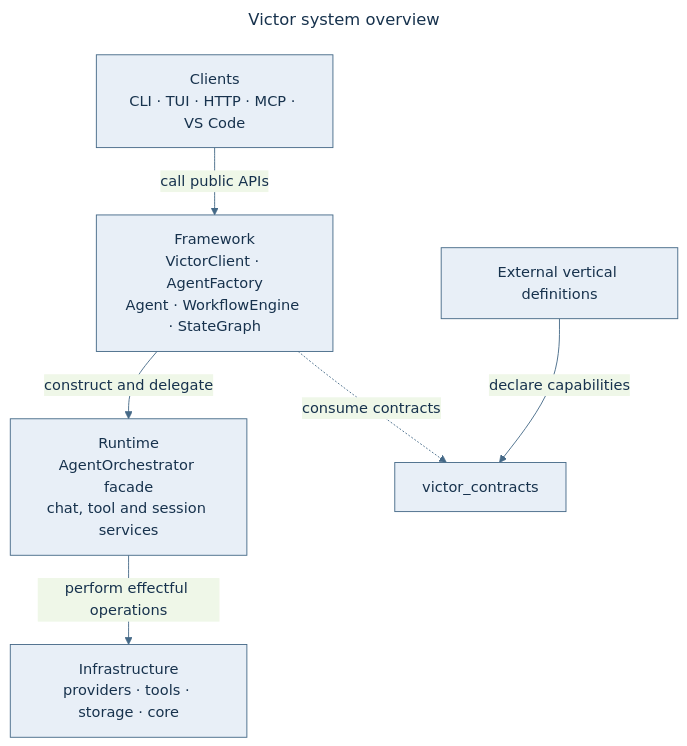
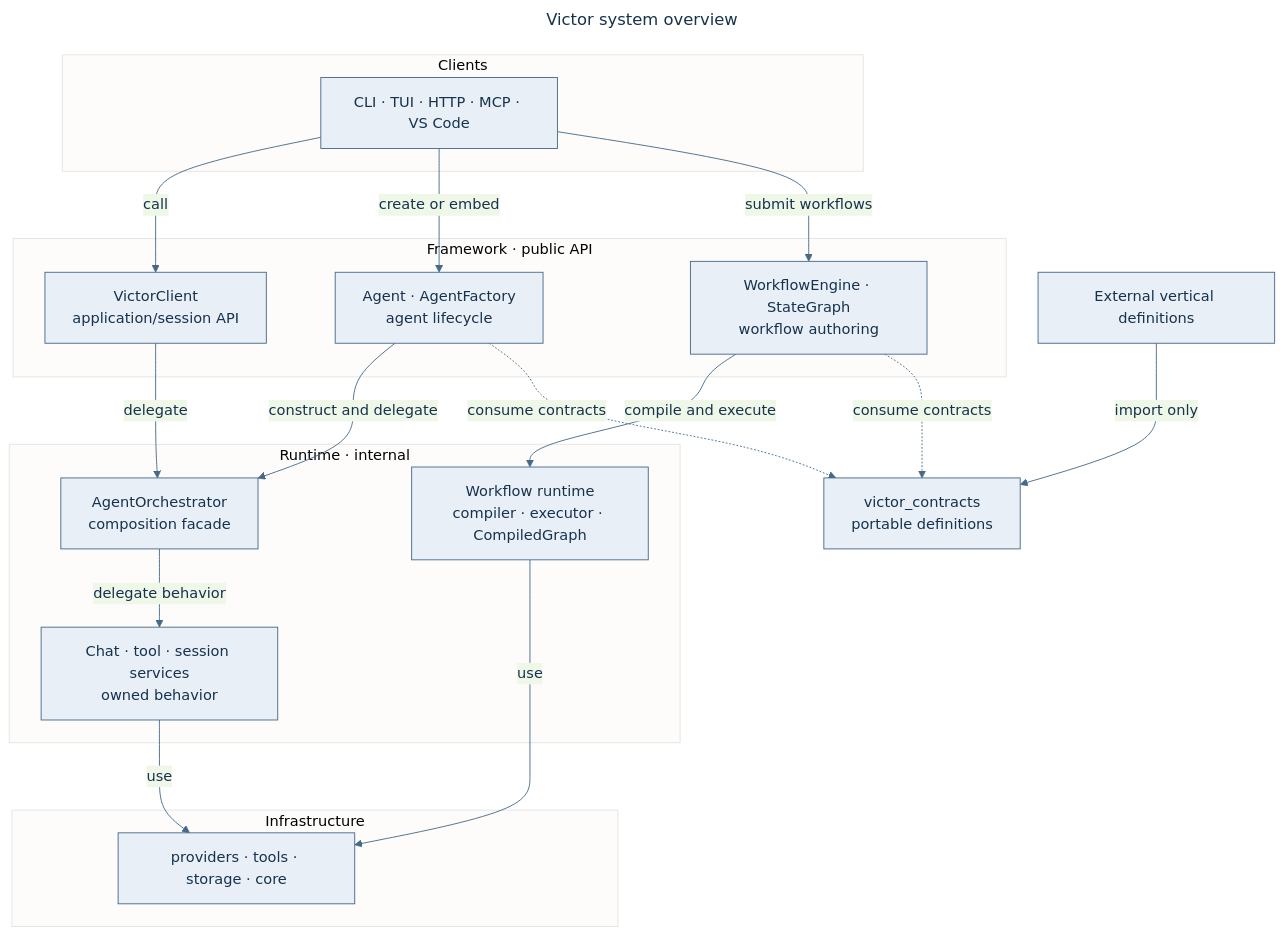
The diagram in docs/index.md (anvai-labs/victor), drawn with Mermaid before and after one commit. The commit also changed other lines of this file and 495 other files, not shown here.

````diff
--- a/docs/index.md
+++ b/docs/index.md
@@ -22,18 +26,37 @@
 ```mermaid
 ---
 title: Victor system overview
 ---
 %%{init: {"theme":"base","themeVariables":{"primaryColor":"#E8EFF7","primaryTextColor":"#17324D","primaryBorderColor":"#456987","lineColor":"#456987","fontFamily":"Arial"}}}%%
 flowchart TB
-  C["Clients<br/>CLI · TUI · HTTP · MCP · VS Code"]
-  F["Framework<br/>VictorClient · AgentFactory<br/>Agent · WorkflowEngine · StateGraph"]
-  R["Runtime<br/>AgentOrchestrator facade<br/>chat, tool and session services"]
-  I["Infrastructure<br/>providers · tools · storage · core"]
+  subgraph C["Clients"]
+    CS["CLI · TUI · HTTP · MCP · VS Code"]
+  end
+  subgraph F["Framework · public API"]
+    VC["VictorClient<br/>application/session API"]
+    AG["Agent · AgentFactory<br/>agent lifecycle"]
+    WF["WorkflowEngine · StateGraph<br/>workflow authoring"]
+  end
+  subgraph R["Runtime · internal"]
+    OR["AgentOrchestrator<br/>composition facade"]
+    SV["Chat · tool · session services<br/>owned behavior"]
+    WR["Workflow runtime<br/>compiler · executor · CompiledGraph"]
+  end
+  subgraph I["Infrastructure"]
+    IN["providers · tools · storage · core"]
+  end
   V["External vertical definitions"]
-  S["victor_contracts"]
-  C -->|"call public APIs"| F
-  F -->|"construct and delegate"| R
-  R -->|"perform effectful operations"| I
-  V -->|"declare capabilities"| S
-  F -.->|"consume contracts"| S
+  S["victor_contracts<br/>portable definitions"]
+  CS -->|"call"| VC
+  CS -->|"create or embed"| AG
+  CS -->|"submit workflows"| WF
+  VC -->|"delegate"| OR
+  AG -->|"construct and delegate"| OR
+  WF -->|"compile and execute"| WR
+  OR -->|"delegate behavior"| SV
+  SV -->|"use"| IN
+  WR -->|"use"| IN
+  V -->|"import only"| S
+  AG -.->|"consume contracts"| S
+  WF -.->|"consume contracts"| S
 ```
````
